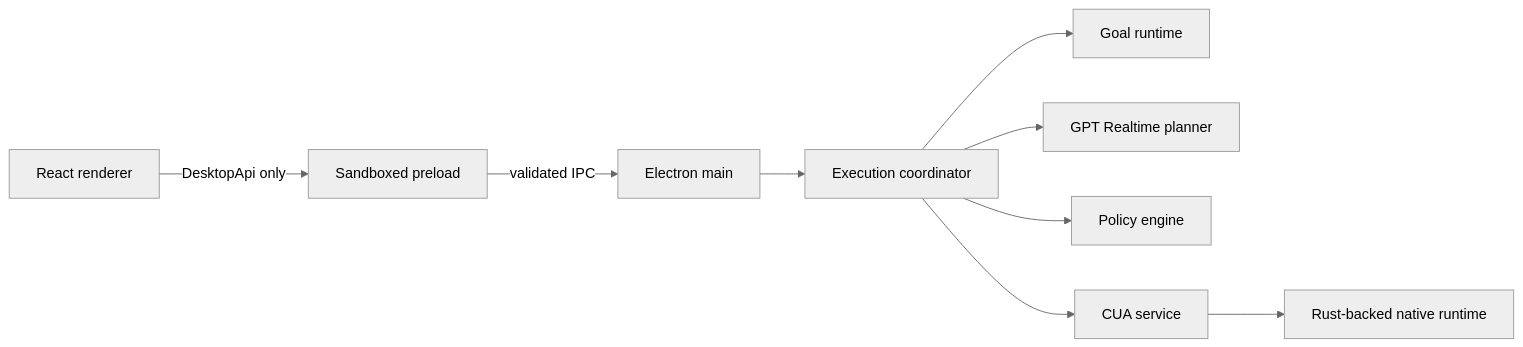
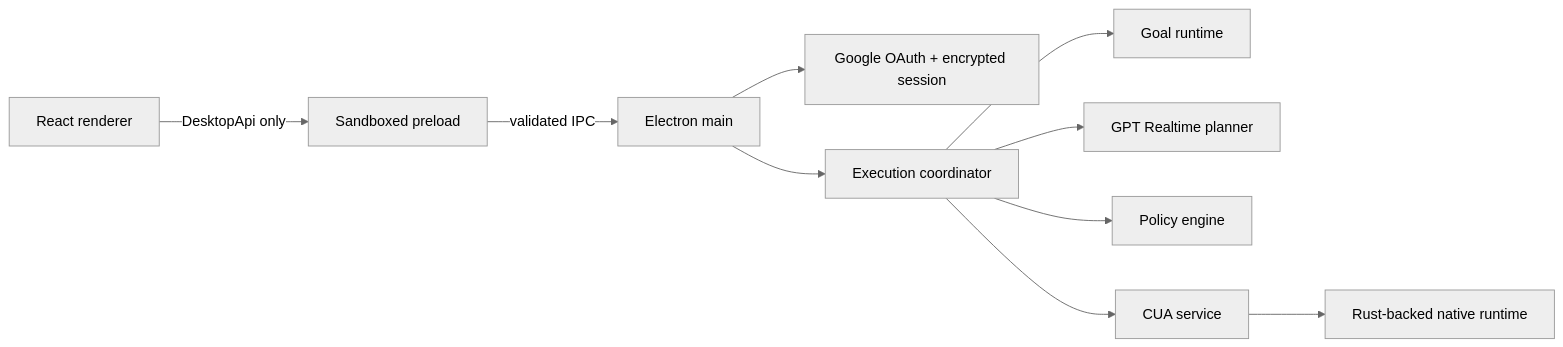
Before and after one commit to ducnguyen67201/TroCode: the diagram in docs/architecture.md, drawn with Mermaid (neutral theme). The commit also changed other lines of this file and 15 other files, not shown here.

````diff
--- a/docs/architecture.md
+++ b/docs/architecture.md
@@ -13,11 +13,12 @@
 ```mermaid
 flowchart LR
     UI["React renderer"] -->|"DesktopApi only"| PRELOAD["Sandboxed preload"]
     PRELOAD -->|"validated IPC"| MAIN["Electron main"]
+    MAIN --> AUTH["Google OAuth + encrypted session"]
     MAIN --> COORD["Execution coordinator"]
     COORD --> GOAL["Goal runtime"]
     COORD --> RT["GPT Realtime planner"]
     COORD --> POLICY["Policy engine"]
     COORD --> CUA["CUA service"]
     CUA --> NATIVE["Rust-backed native runtime"]
 ```
````
